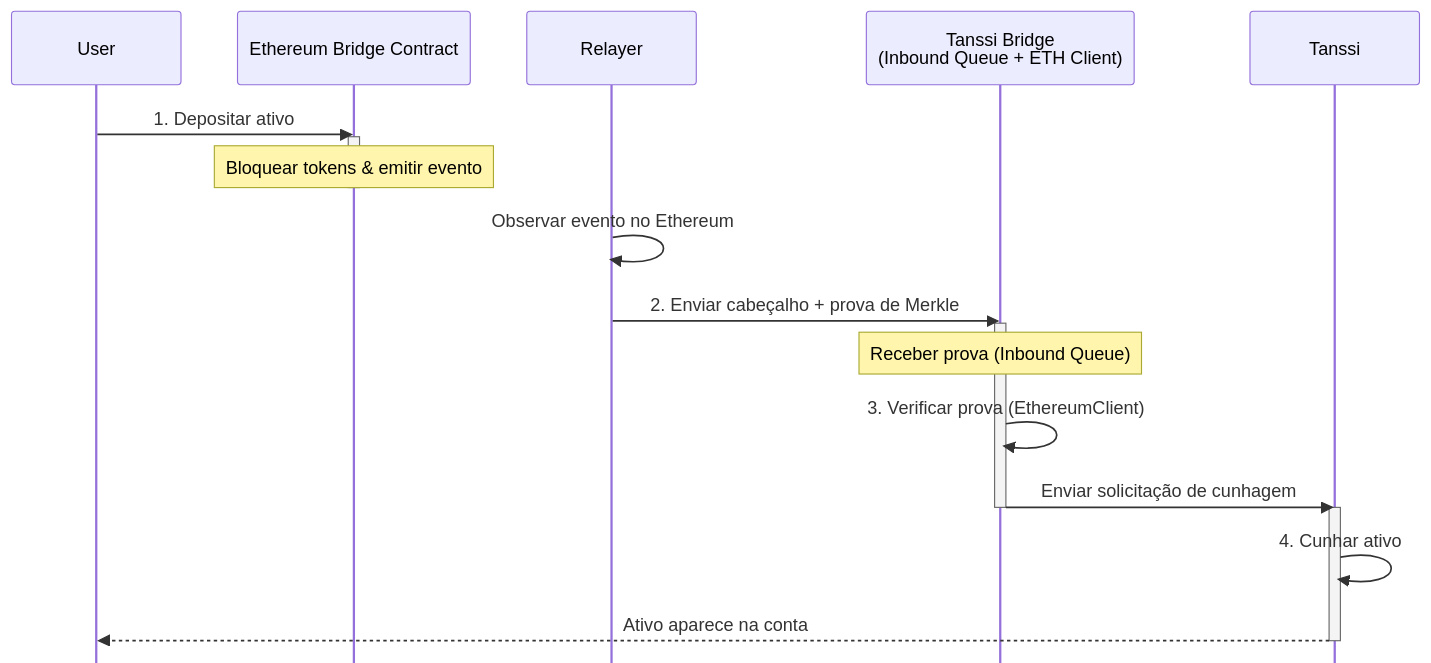
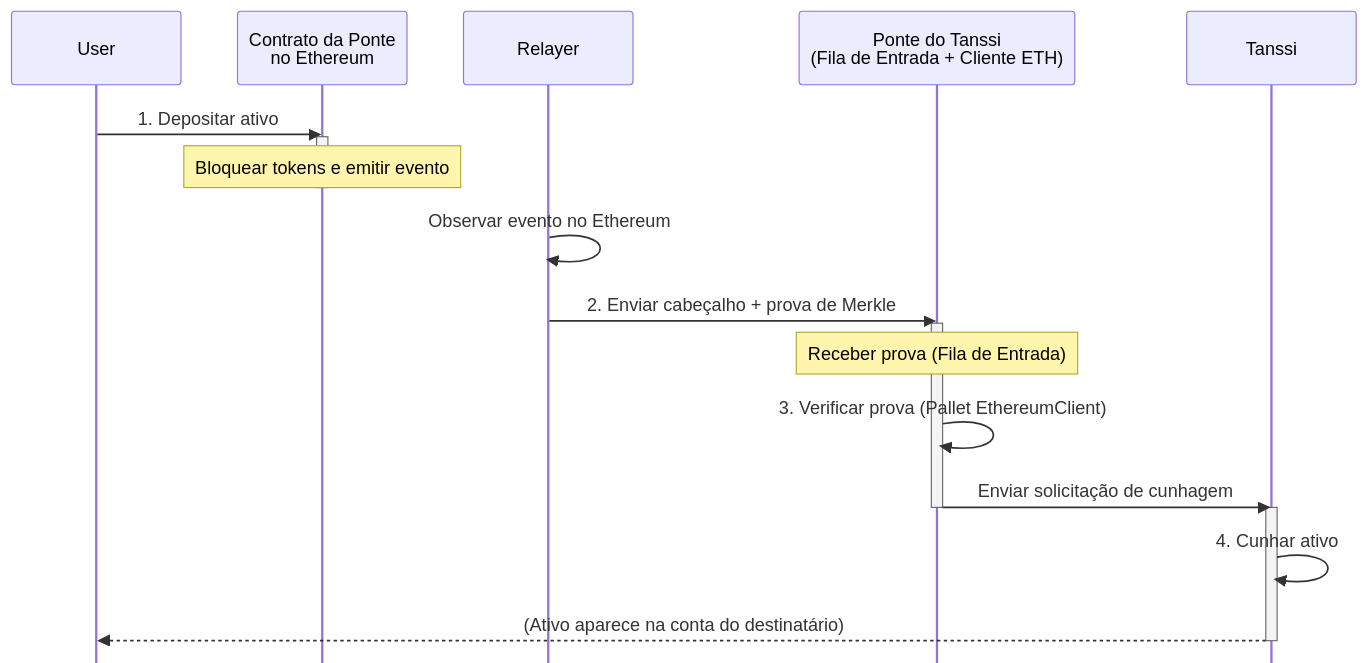
Before and after one commit to moondance-labs/tanssi-docs: the fifth of 7 diagrams in pt/learn/tanssi/tanssi-ethereum-bridge.md, drawn with Mermaid. The commit also changed other lines of this file and 91 other files, not shown here.

````diff
--- a/pt/learn/tanssi/tanssi-ethereum-bridge.md
+++ b/pt/learn/tanssi/tanssi-ethereum-bridge.md
@@ -153,27 +156,27 @@
 ```mermaid
 sequenceDiagram
     %%{init: {'sequence': {'mirrorActors': false}}}%%
     participant User
-    participant EBridge as Ethereum Bridge Contract
+    participant EBridge as Contrato da Ponte <br/> no Ethereum
     participant Relayer
-    participant TBP as Tanssi Bridge<br/> (Inbound Queue + ETH Client)
+    participant TBP as Ponte do Tanssi<br/> (Fila de Entrada + Cliente ETH)
     participant TAH as Tanssi
 
     User->>EBridge: 1. Depositar ativo
     activate EBridge
-    Note over EBridge: Bloquear tokens & emitir evento
+    Note over EBridge: Bloquear tokens e emitir evento
     deactivate EBridge
 
     Relayer->>Relayer: Observar evento no Ethereum
     Relayer->>TBP: 2. Enviar cabeçalho + prova de Merkle
     activate TBP
-    Note over TBP: Receber prova (Inbound Queue)
-    TBP->>TBP: 3. Verificar prova (EthereumClient)
+    Note over TBP: Receber prova (Fila de Entrada)
+    TBP->>TBP: 3. Verificar prova (Pallet EthereumClient)
     TBP->>TAH: Enviar solicitação de cunhagem
     deactivate TBP
 
     activate TAH
     TAH->>TAH: 4. Cunhar ativo
-    TAH-->>User: Ativo aparece na conta
+    TAH-->>User: (Ativo aparece na conta do destinatário)
     deactivate TAH
 ```
````
